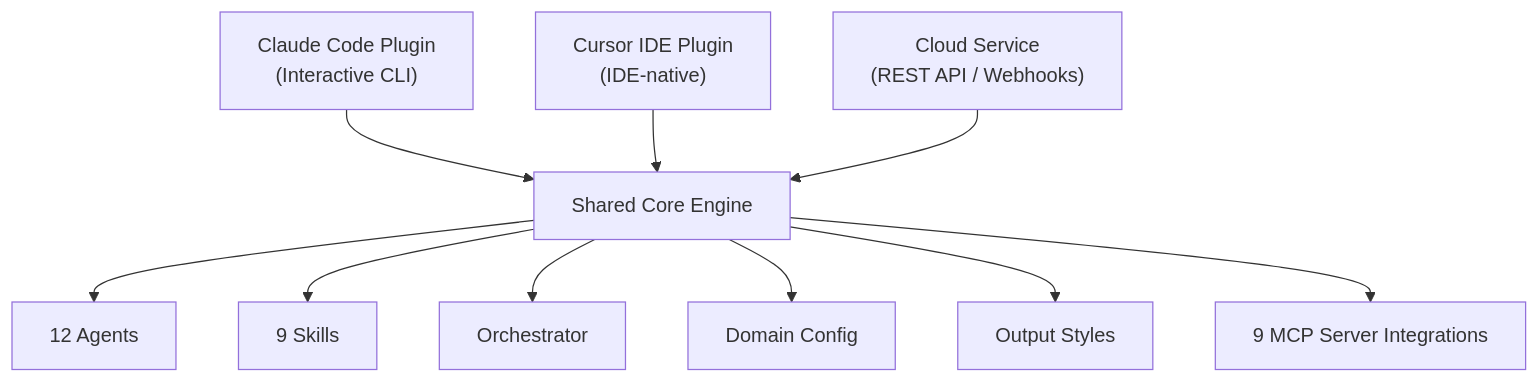
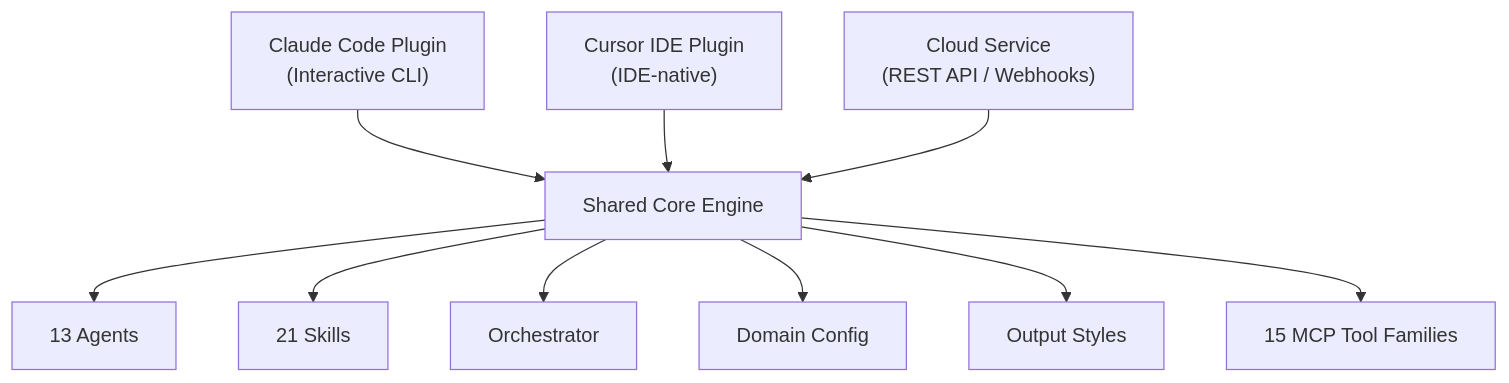
One commit to TamirCohen-Wix/production-master changed the first of 2 diagrams in docs/architecture.md. Above: the diagram before and after it, drawn with Mermaid. The commit also changed other lines of this file and 31 other files, not shown here.

````diff
--- a/docs/architecture.md
+++ b/docs/architecture.md
@@ -9,14 +9,14 @@
 ```mermaid
 graph TD
     CC["Claude Code Plugin<br/>(Interactive CLI)"] --> CORE["Shared Core Engine"]
     CU["Cursor IDE Plugin<br/>(IDE-native)"] --> CORE
     CL["Cloud Service<br/>(REST API / Webhooks)"] --> CORE
 
-    CORE --> AGENTS["12 Agents"]
-    CORE --> SKILLS["9 Skills"]
+    CORE --> AGENTS["13 Agents"]
+    CORE --> SKILLS["21 Skills"]
     CORE --> ORCH["Orchestrator"]
     CORE --> DOMAIN["Domain Config"]
     CORE --> OUTPUT["Output Styles"]
 
-    CORE --> MCP["9 MCP Server Integrations"]
+    CORE --> MCP["15 MCP Tool Families"]
 ```
````
